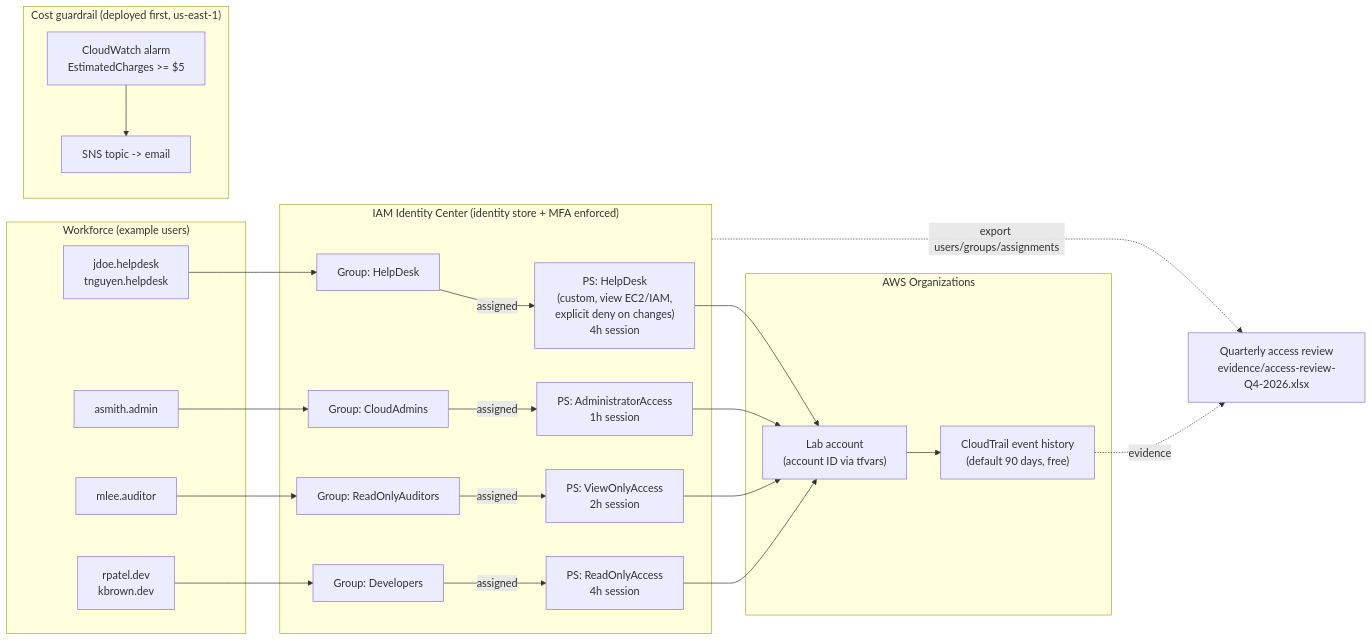
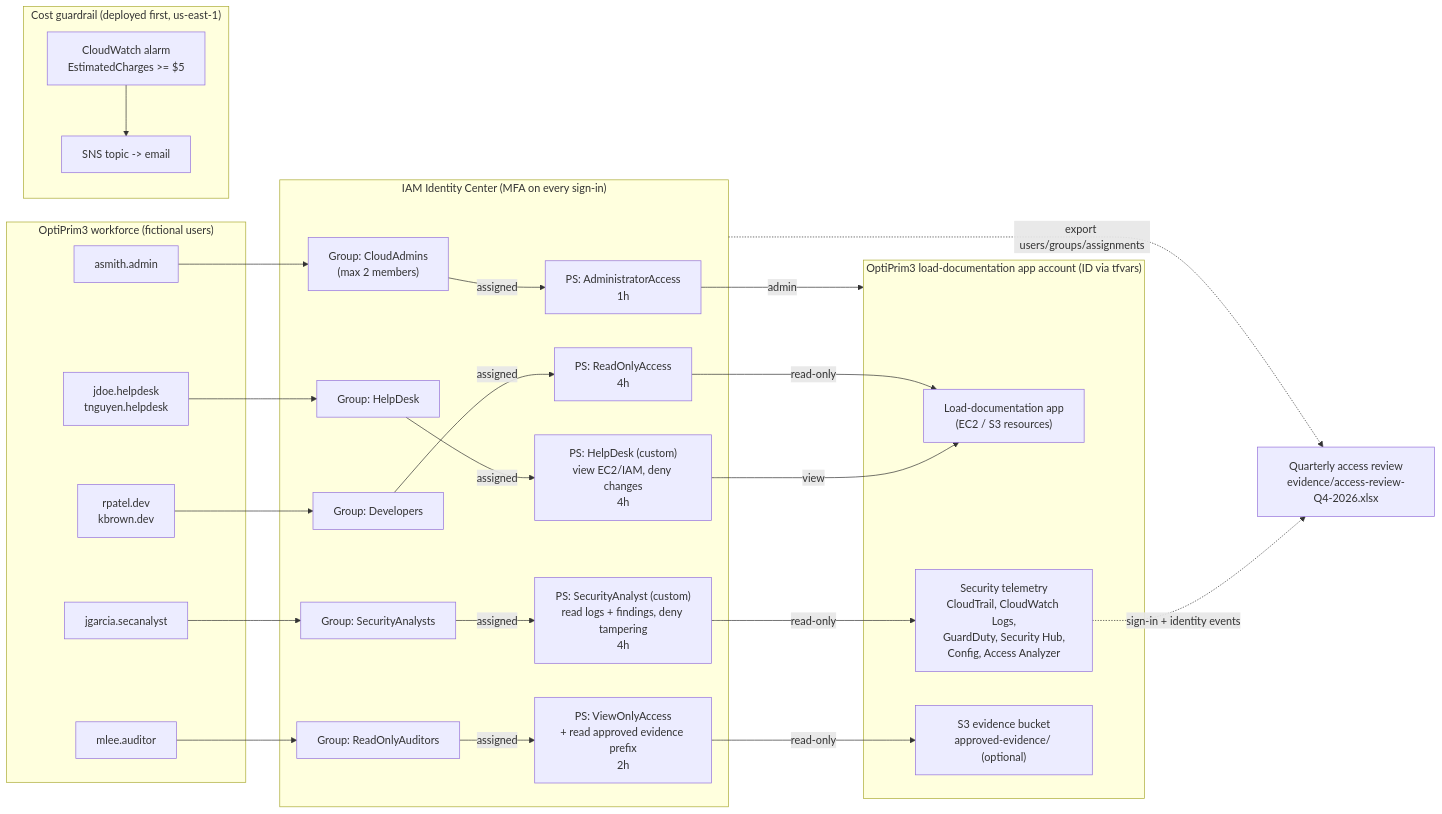
The diagram in diagrams/architecture.mmd (TrapNerdMont3ga/b3-aws-iam-identity-lab), drawn with Mermaid before and after one commit. The commit also changed 16 other files, not shown here.

Commit message:
Reframe lab around OptiPrim3; add SecurityAnalysts permission set, auditor evidence scope, admin-size guard, permission-set matrix, findings doc

```diff
--- a/diagrams/architecture.mmd
+++ b/diagrams/architecture.mmd
@@ -1,47 +1,53 @@
 flowchart LR
-    subgraph People["Workforce (example users)"]
+    subgraph People["OptiPrim3 workforce (fictional users)"]
         U1["jdoe.helpdesk<br/>tnguyen.helpdesk"]
         U2["asmith.admin"]
+        U5["jgarcia.secanalyst"]
         U3["mlee.auditor"]
         U4["rpatel.dev<br/>kbrown.dev"]
     end
 
-    subgraph IDC["IAM Identity Center (identity store + MFA enforced)"]
+    subgraph IDC["IAM Identity Center (MFA on every sign-in)"]
         G1["Group: HelpDesk"]
-        G2["Group: CloudAdmins"]
+        G2["Group: CloudAdmins<br/>(max 2 members)"]
+        G5["Group: SecurityAnalysts"]
         G3["Group: ReadOnlyAuditors"]
         G4["Group: Developers"]
-        P1["PS: HelpDesk<br/>(custom, view EC2/IAM,<br/>explicit deny on changes)<br/>4h session"]
-        P2["PS: AdministratorAccess<br/>1h session"]
-        P3["PS: ViewOnlyAccess<br/>2h session"]
-        P4["PS: ReadOnlyAccess<br/>4h session"]
+        P1["PS: HelpDesk (custom)<br/>view EC2/IAM, deny changes<br/>4h"]
+        P2["PS: AdministratorAccess<br/>1h"]
+        P5["PS: SecurityAnalyst (custom)<br/>read logs + findings, deny tampering<br/>4h"]
+        P3["PS: ViewOnlyAccess<br/>+ read approved evidence prefix<br/>2h"]
+        P4["PS: ReadOnlyAccess<br/>4h"]
     end
 
-    subgraph ORG["AWS Organizations"]
-        ACCT["Lab account<br/>(account ID via tfvars)"]
-        CT["CloudTrail event history<br/>(default 90 days, free)"]
+    subgraph ACCT["OptiPrim3 load-documentation app account (ID via tfvars)"]
+        APP["Load-documentation app<br/>(EC2 / S3 resources)"]
+        SEC["Security telemetry<br/>CloudTrail, CloudWatch Logs,<br/>GuardDuty, Security Hub,<br/>Config, Access Analyzer"]
+        EVID["S3 evidence bucket<br/>approved-evidence/ (optional)"]
     end
 
     subgraph COST["Cost guardrail (deployed first, us-east-1)"]
         CW["CloudWatch alarm<br/>EstimatedCharges >= $5"]
         SNS["SNS topic -> email"]
     end
 
     U1 --> G1
     U2 --> G2
+    U5 --> G5
     U3 --> G3
     U4 --> G4
     G1 -- assigned --> P1
     G2 -- assigned --> P2
+    G5 -- assigned --> P5
     G3 -- assigned --> P3
     G4 -- assigned --> P4
-    P1 --> ACCT
-    P2 --> ACCT
-    P3 --> ACCT
-    P4 --> ACCT
-    ACCT --> CT
+    P1 -- view --> APP
+    P2 -- admin --> ACCT
+    P5 -- read-only --> SEC
+    P3 -- read-only --> EVID
+    P4 -- read-only --> APP
     CW --> SNS
 
     REVIEW["Quarterly access review<br/>evidence/access-review-Q4-2026.xlsx"]
-    CT -. evidence .-> REVIEW
+    SEC -. sign-in + identity events .-> REVIEW
     IDC -. export users/groups/assignments .-> REVIEW
```
